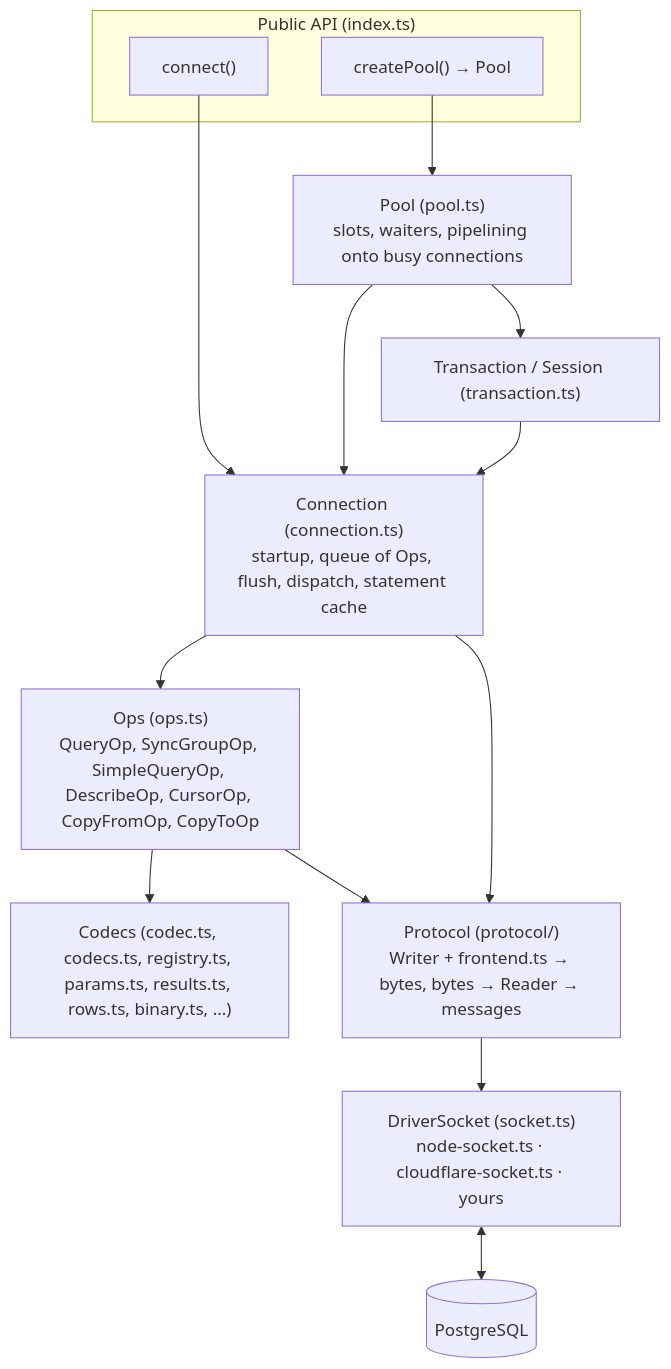
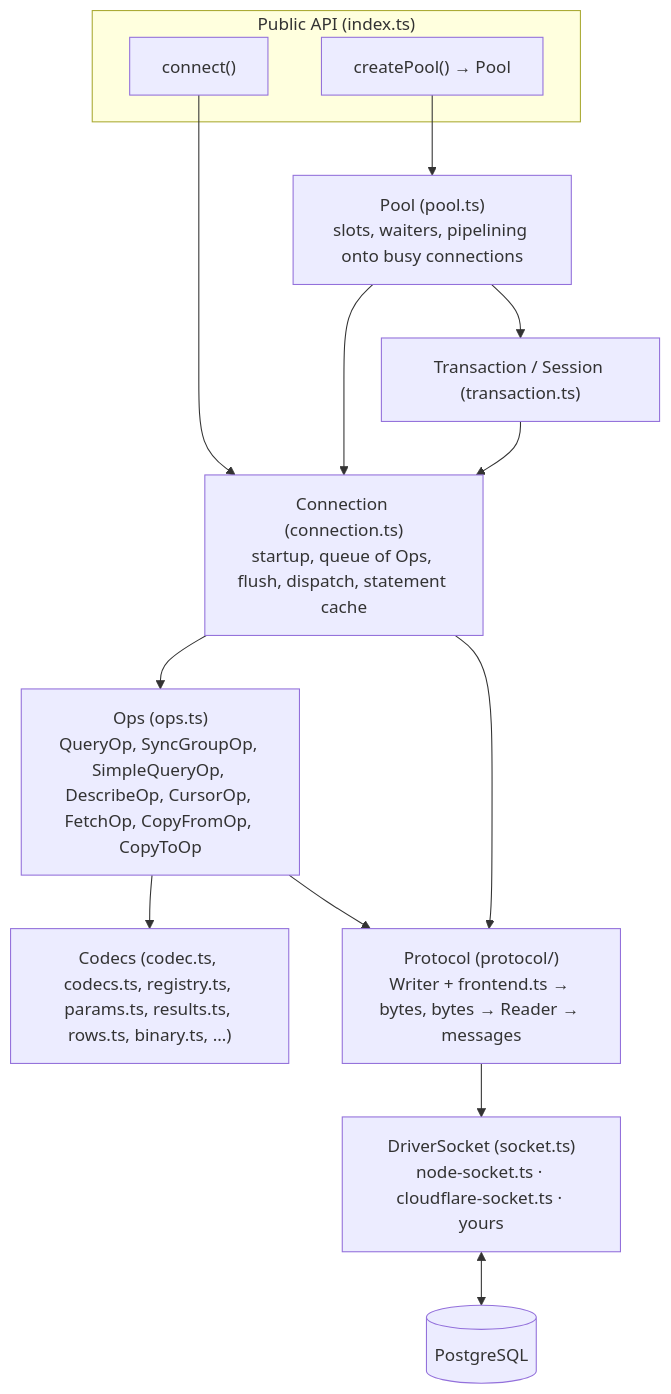
One commit to shlokdesai33/quarry changed the first of 5 diagrams in src/driver/ARCHITECTURE.md. Above: the diagram before and after it, drawn with Mermaid. The commit also changed other lines of this file and 18 other files, not shown here.

````diff
--- a/src/driver/ARCHITECTURE.md
+++ b/src/driver/ARCHITECTURE.md
@@ -77,26 +78,26 @@
 ```mermaid
 flowchart TD
     subgraph API["Public API (index.ts)"]
         connect["connect()"]
         createPool["createPool() → Pool"]
     end
     Pool["Pool (pool.ts)<br/>slots, waiters, pipelining onto busy connections"]
     Tx["Transaction / Session (transaction.ts)"]
     Conn["Connection (connection.ts)<br/>startup, queue of Ops, flush, dispatch, statement cache"]
-    Ops["Ops (ops.ts)<br/>QueryOp, SyncGroupOp, SimpleQueryOp, DescribeOp, CursorOp, CopyFromOp, CopyToOp"]
+    Ops["Ops (ops.ts)<br/>QueryOp, SyncGroupOp, SimpleQueryOp, DescribeOp, CursorOp, FetchOp, CopyFromOp, CopyToOp"]
     Codecs["Codecs (codec.ts, codecs.ts, registry.ts, params.ts, results.ts, rows.ts, binary.ts, …)"]
     Proto["Protocol (protocol/)<br/>Writer + frontend.ts → bytes, bytes → Reader → messages"]
     Sock["DriverSocket (socket.ts)<br/>node-socket.ts · cloudflare-socket.ts · yours"]
     PG[(PostgreSQL)]
     createPool --> Pool
     connect --> Conn
     Pool --> Conn
     Pool --> Tx
     Tx --> Conn
     Conn --> Ops
     Ops --> Codecs
     Ops --> Proto
     Conn --> Proto
     Proto --> Sock
     Sock <--> PG
 ```
````
